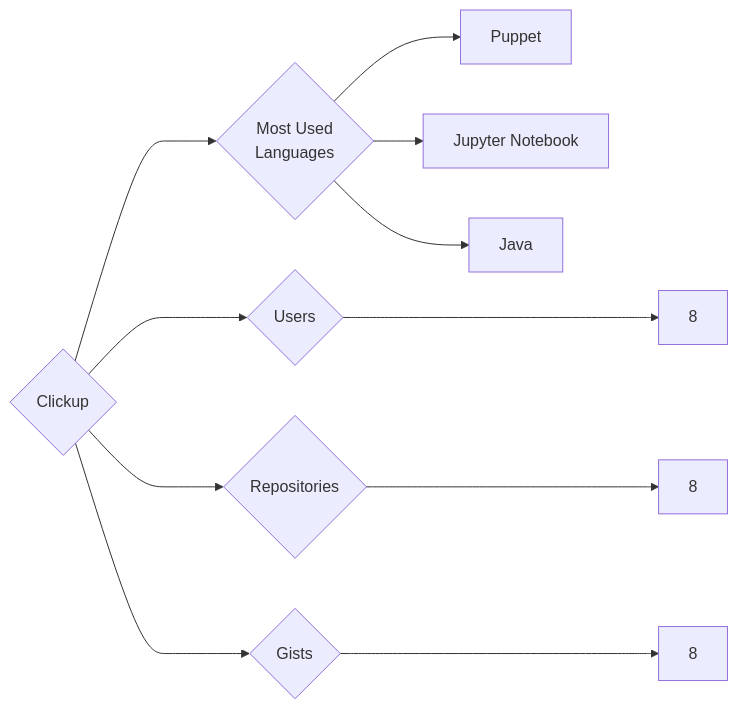
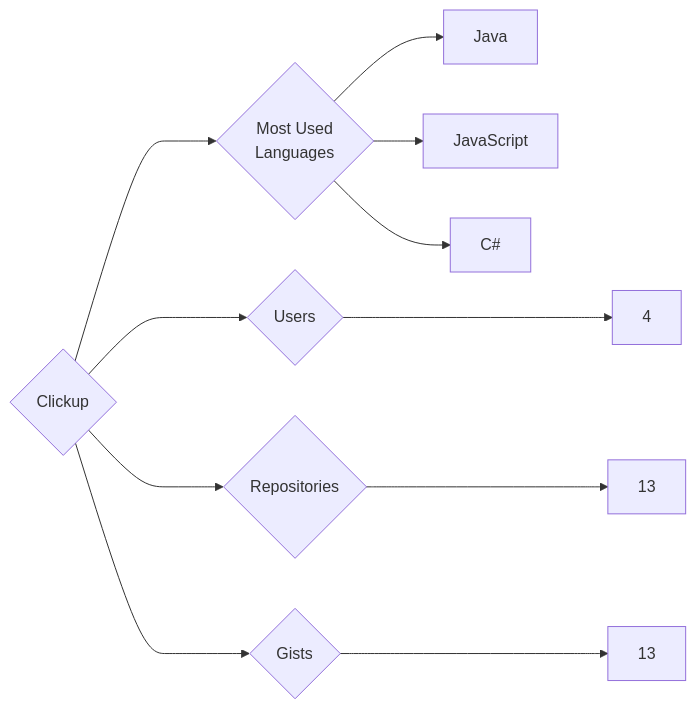
Before and after one commit to trickest/insiders: the diagram in targets/Clickup/README.md, drawn with Mermaid. The commit also changed 611 other files, not shown here.

````diff
--- a/targets/Clickup/README.md
+++ b/targets/Clickup/README.md
@@ -3,11 +3,11 @@
 ```mermaid
 graph LR
 COMPANY_NAME{Clickup}
-COMPANY_NAME ---> U{Users} ---> UN[8]
-COMPANY_NAME ---> R{Repositories} ---> RN[8]
-COMPANY_NAME ---> G{Gists} ---> GN[8]
+COMPANY_NAME ---> U{Users} ---> UN[4]
+COMPANY_NAME ---> R{Repositories} ---> RN[13]
+COMPANY_NAME ---> G{Gists} ---> GN[13]
 COMPANY_NAME ---> ML{Most Used<br>Languages}
-ML --> Puppet[Puppet]
-ML --> Jupyter_Notebook[Jupyter Notebook]
 ML --> Java[Java]
+ML --> JavaScript[JavaScript]
+ML --> C#[C#]
 ```
````
